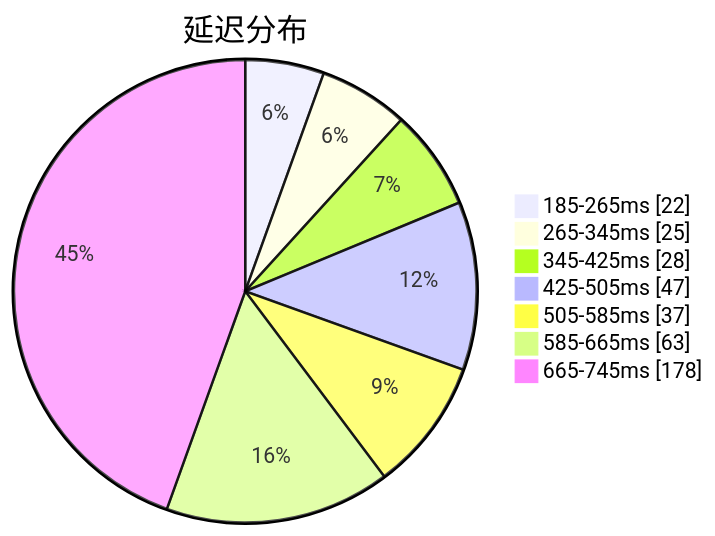
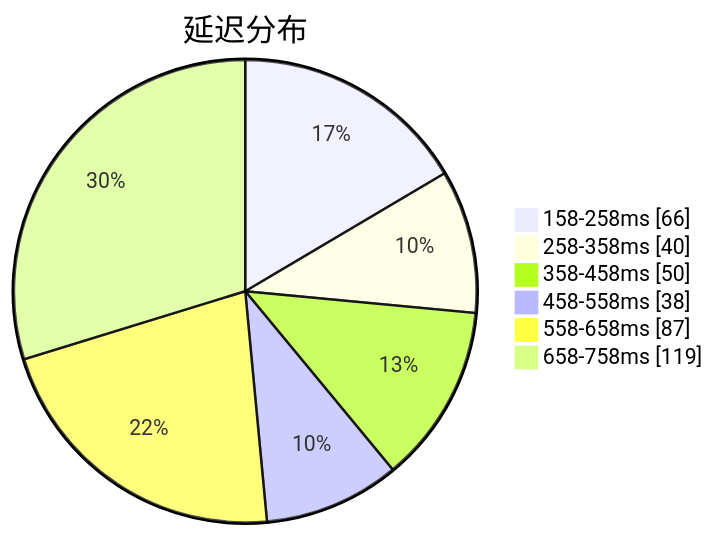
One commit to qjlxg/airport changed the first of 3 diagrams in subs/statistics/tested_within.md. Above: the diagram before and after it, drawn with Mermaid. The commit also changed other lines of this file and 2 other files, not shown here.

````diff
--- a/subs/statistics/tested_within.md
+++ b/subs/statistics/tested_within.md
@@ -2,11 +2,10 @@
 ```mermaid
 pie showData
 title 延迟分布
-"185-265ms" : 22
-"265-345ms" : 25
-"345-425ms" : 28
-"425-505ms" : 47
-"505-585ms" : 37
-"585-665ms" : 63
-"665-745ms" : 178
+"158-258ms" : 66
+"258-358ms" : 40
+"358-458ms" : 50
+"458-558ms" : 38
+"558-658ms" : 87
+"658-758ms" : 119
 ```
````
